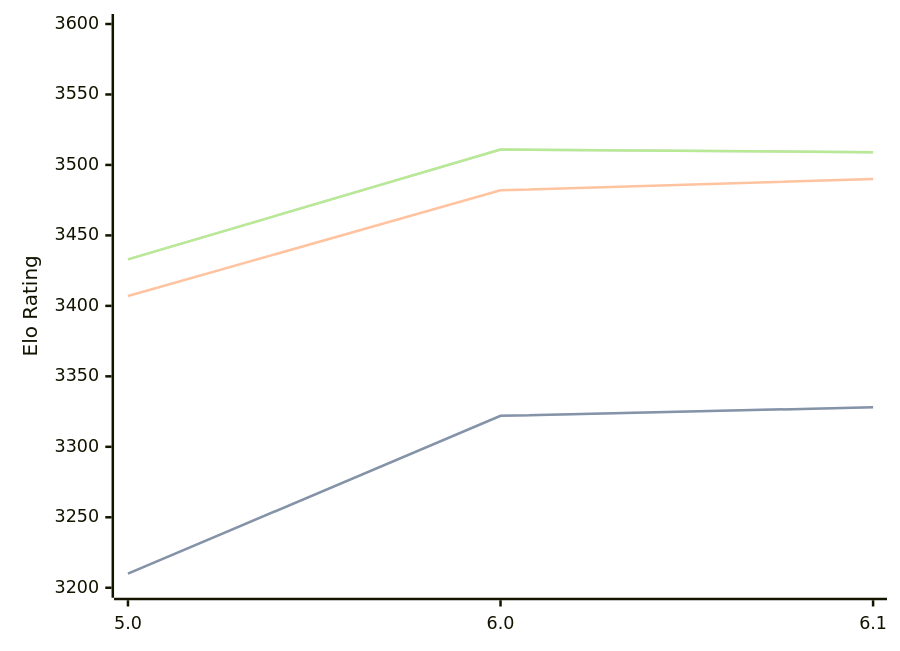
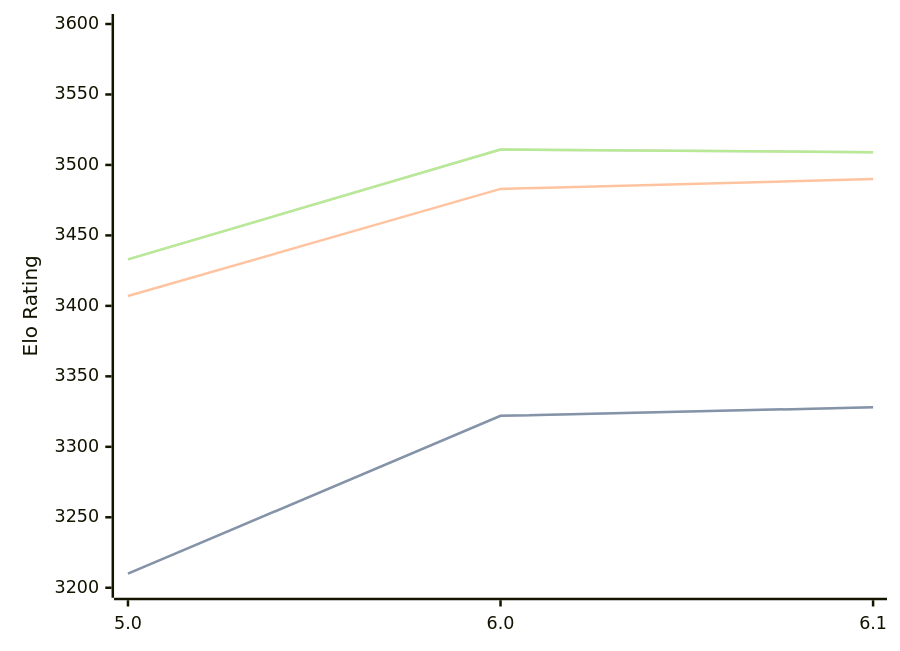
Before and after one commit to computer-chess-index/cci: the diagram in engines/Starzix.md, drawn with Mermaid. The commit also changed other lines of this file, not shown here.

````diff
--- a/engines/Starzix.md
+++ b/engines/Starzix.md
@@ -33,11 +33,11 @@
 ```mermaid
 %%{init: {"theme":"base","themeVariables":{"seriesColors:['#a3a3a3','#222221','#faa371']}}}%%
 xychart-beta
   x-axis ["5.0", "6.0", "6.1"]
   y-axis "Elo Rating" 3200 --> 3600
   line "STC (8.0+0.08s)" [3210, 3322, 3328]
   line "STC (8.0+0.08s)" [3210, 3322, 3328]
-  line "LTC (60.0+0.60s)" [3407, 3482, 3490]
+  line "LTC (60.0+0.60s)" [3407, 3483, 3490]
   line "VLTC (2m24s+1.12s)" [3433, 3511, 3509]
   line "VLTC (2m24s+1.12s)" [3433, 3511, 3509]
 ```
````
